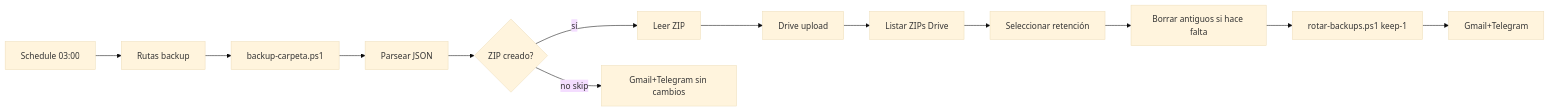
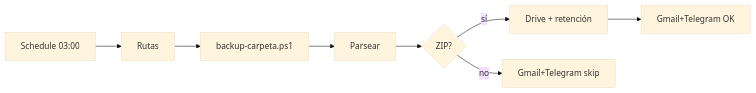
Diagram 11 of 12 in documentacion-workflows-sistemas.md (gracobjo/n8n), drawn with Mermaid (base theme) before and after one commit. The commit also changed other lines of this file and 3 other files, not shown here.

First line of the commit message:
docs: add user/developer manuals and complete sistemas UML specs

````diff
--- a/documentacion-workflows-sistemas.md
+++ b/documentacion-workflows-sistemas.md
@@ -351,15 +644,10 @@
 ```mermaid
 flowchart LR
-  S[Schedule 03:00] --> R[Rutas backup]
+  S[Schedule 03:00] --> R[Rutas]
   R --> Z[backup-carpeta.ps1]
-  Z --> P[Parsear JSON]
-  P --> I{ZIP creado?}
-  I -->|sí| RD[Leer ZIP]
-  RD --> DR[Drive upload]
-  DR --> L[Listar ZIPs Drive]
-  L --> SEL[Seleccionar retención]
-  SEL --> DEL[Borrar antiguos si hace falta]
-  DEL --> ROT[rotar-backups.ps1 keep-1]
-  ROT --> G[Gmail+Telegram]
-  I -->|no skip| SK[Gmail+Telegram sin cambios]
+  Z --> P[Parsear]
+  P --> I{ZIP?}
+  I -->|sí| DR[Drive + retención]
+  DR --> G[Gmail+Telegram OK]
+  I -->|no| SK[Gmail+Telegram skip]
 ```
````
